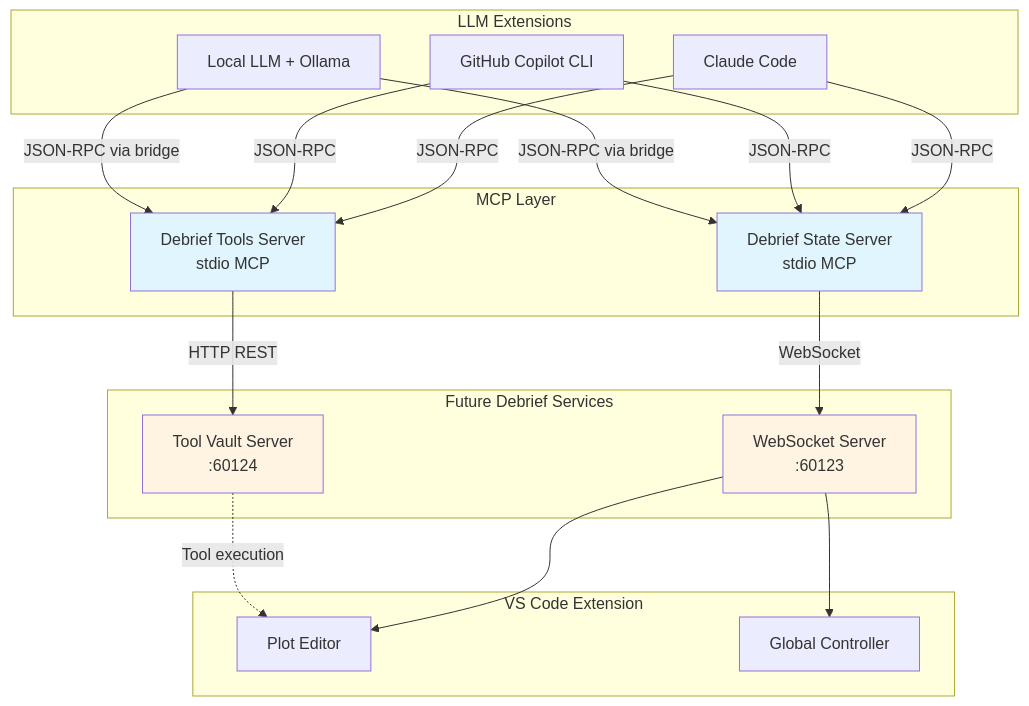
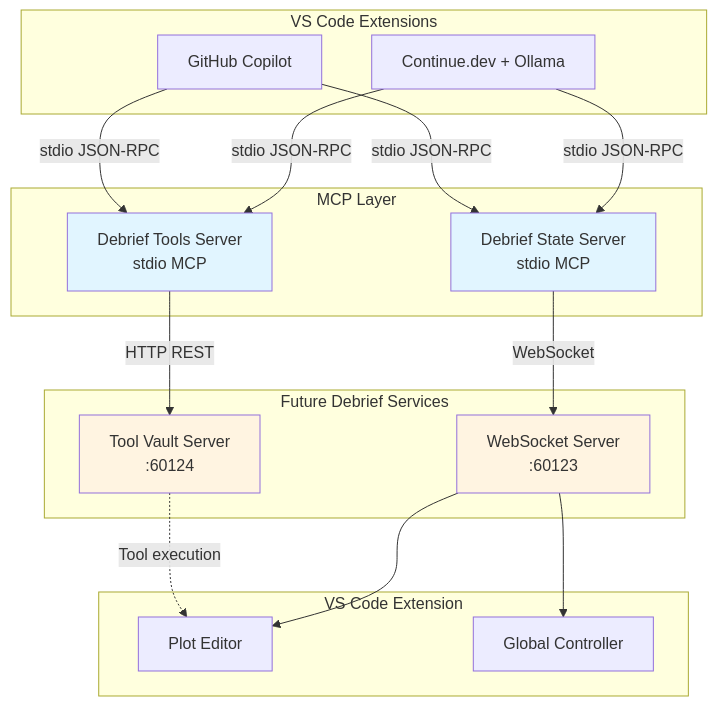
One commit to debrief/future-debrief changed the first of 3 diagrams in docs/llm-integration-architecture.md. Above: the diagram before and after it, drawn with Mermaid. The commit also changed other lines of this file, not shown here.

First line of the commit message:
refactor: Focus LLM integration on VS Code extensions for naval analysts

````diff
--- a/docs/llm-integration-architecture.md
+++ b/docs/llm-integration-architecture.md
@@ -163,42 +194,39 @@
 ```mermaid
 graph TB
-    subgraph "LLM Extensions"
-        CC[Claude Code]
-        GH[GitHub Copilot CLI]
-        OL[Local LLM + Ollama]
+    subgraph "VS Code Extensions"
+        CONT[Continue.dev + Ollama]
+        GH[GitHub Copilot]
     end
 
     subgraph "MCP Layer"
         MCP1[Debrief State Server<br/>stdio MCP]
         MCP2[Debrief Tools Server<br/>stdio MCP]
     end
 
     subgraph "Future Debrief Services"
         WS[WebSocket Server<br/>:60123]
         TV[Tool Vault Server<br/>:60124]
     end
 
     subgraph "VS Code Extension"
         PE[Plot Editor]
         GM[Global Controller]
     end
 
-    CC -->|JSON-RPC| MCP1
-    CC -->|JSON-RPC| MCP2
-    GH -->|JSON-RPC| MCP1
-    GH -->|JSON-RPC| MCP2
-    OL -->|JSON-RPC via bridge| MCP1
-    OL -->|JSON-RPC via bridge| MCP2
+    CONT -->|stdio JSON-RPC| MCP1
+    CONT -->|stdio JSON-RPC| MCP2
+    GH -->|stdio JSON-RPC| MCP1
+    GH -->|stdio JSON-RPC| MCP2
 
     MCP1 -->|WebSocket| WS
     MCP2 -->|HTTP REST| TV
 
     WS --> PE
     WS --> GM
     TV -.->|Tool execution| PE
 
     style MCP1 fill:#e1f5ff
     style MCP2 fill:#e1f5ff
     style WS fill:#fff4e1
     style TV fill:#fff4e1
 ```
````
